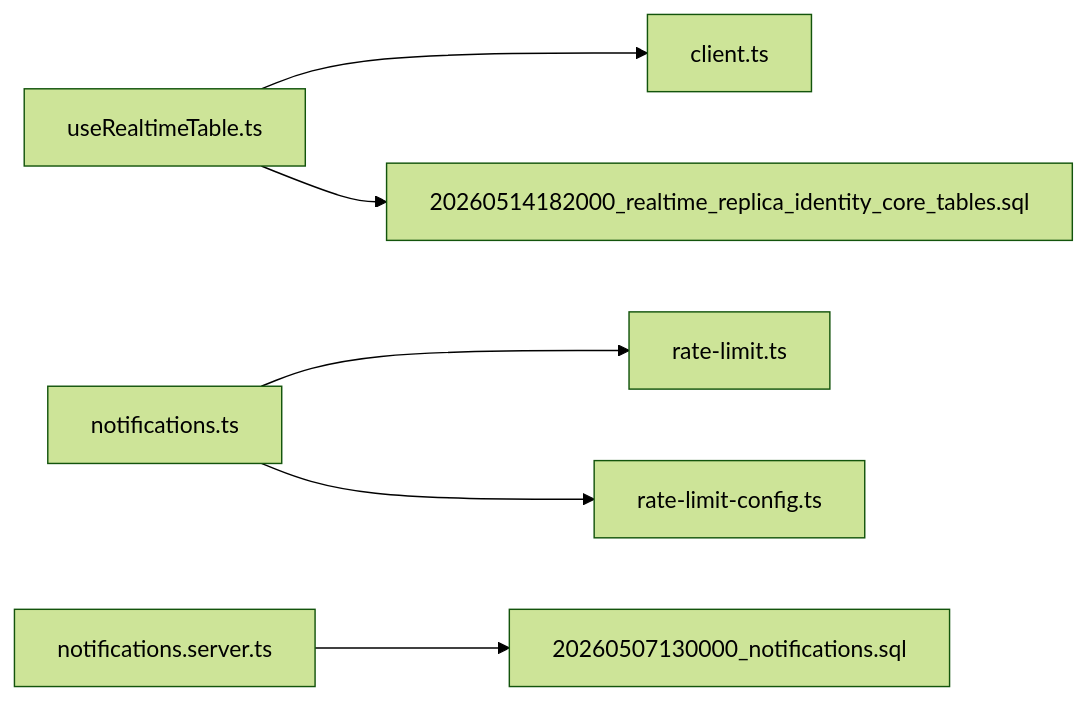
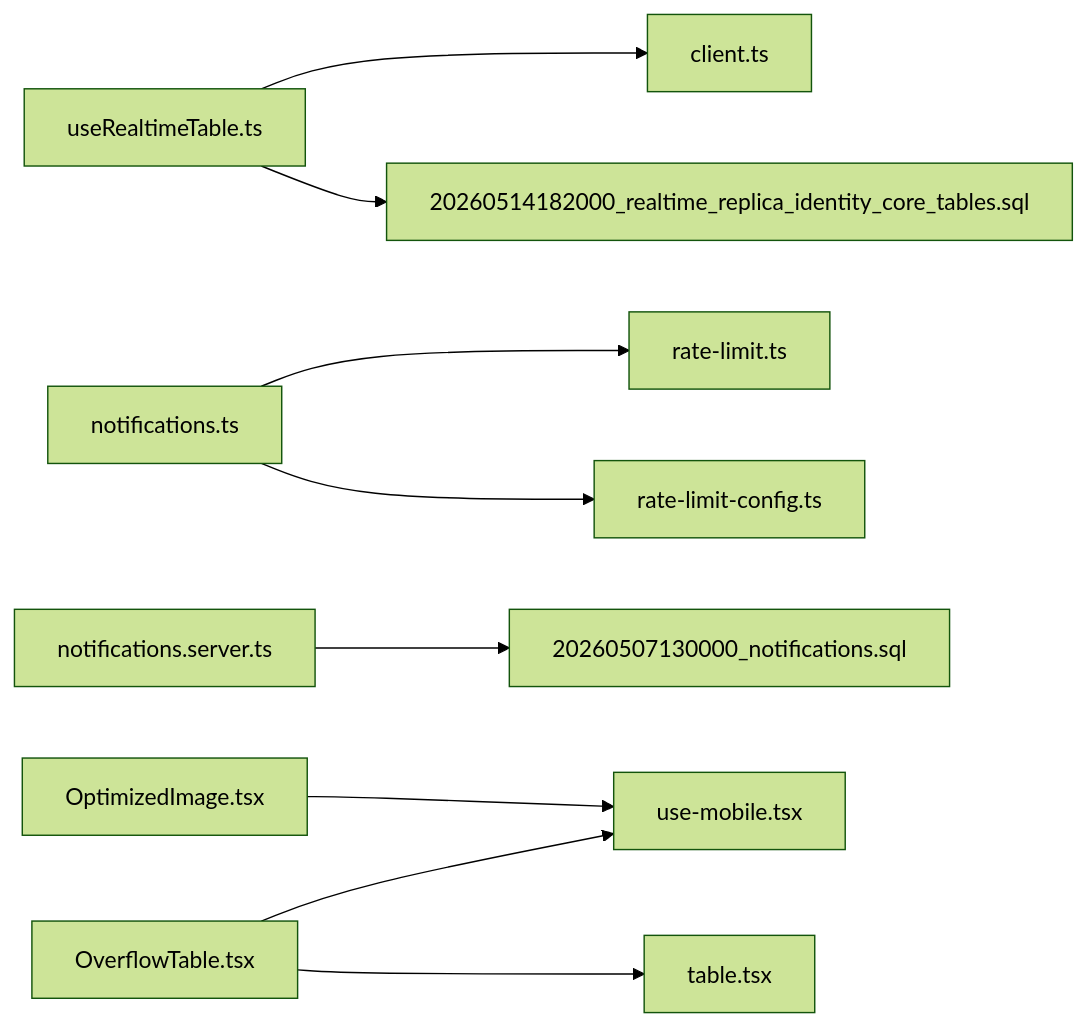
One commit to gastaldellomarco/pcReady changed diagram 11 of 11 in .qoder/repowiki/en/content/Real-time Features/Performance Optimization.md. Above: the diagram before and after it, drawn with Mermaid (forest theme). The commit also changed other lines of this file and 15 other files, not shown here.

````diff
--- a/.qoder/repowiki/en/content/Real-time Features/Performance Optimization.md
+++ b/.qoder/repowiki/en/content/Real-time Features/Performance Optimization.md
@@ -289,8 +390,11 @@
 ```mermaid
 graph LR
 RT["useRealtimeTable.ts"] --> SB["client.ts"]
 NTS["notifications.ts"] --> RL["rate-limit.ts"]
 NTS --> RLC["rate-limit-config.ts"]
 NTSS["notifications.server.ts"] --> NMS["20260507130000_notifications.sql"]
 RT --> MIG["20260514182000_realtime_replica_identity_core_tables.sql"]
+OIC["OptimizedImage.tsx"] --> UM["use-mobile.tsx"]
+OT["OverflowTable.tsx"] --> UM
+OT --> TBL["table.tsx"]
 ```
````
